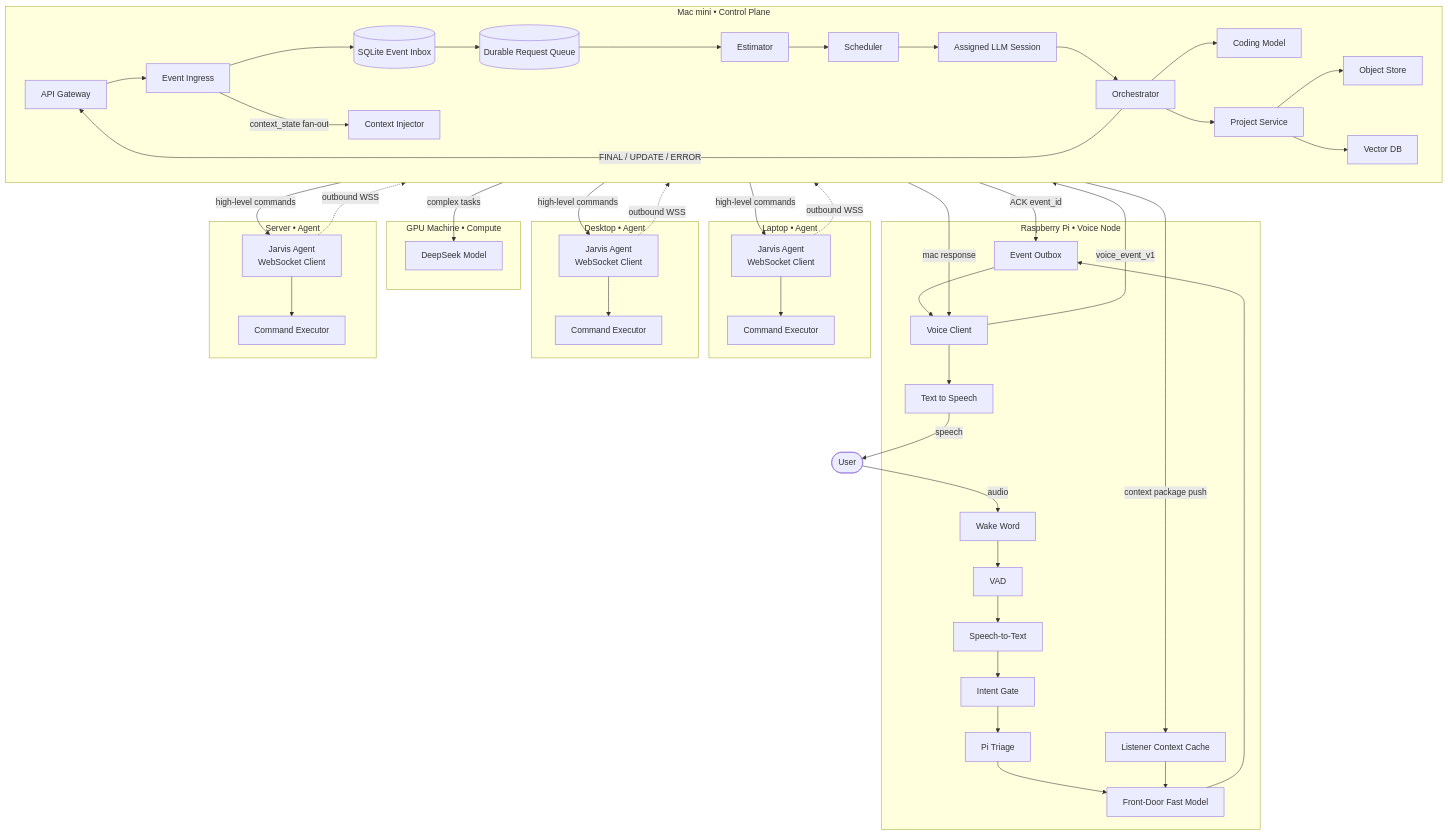
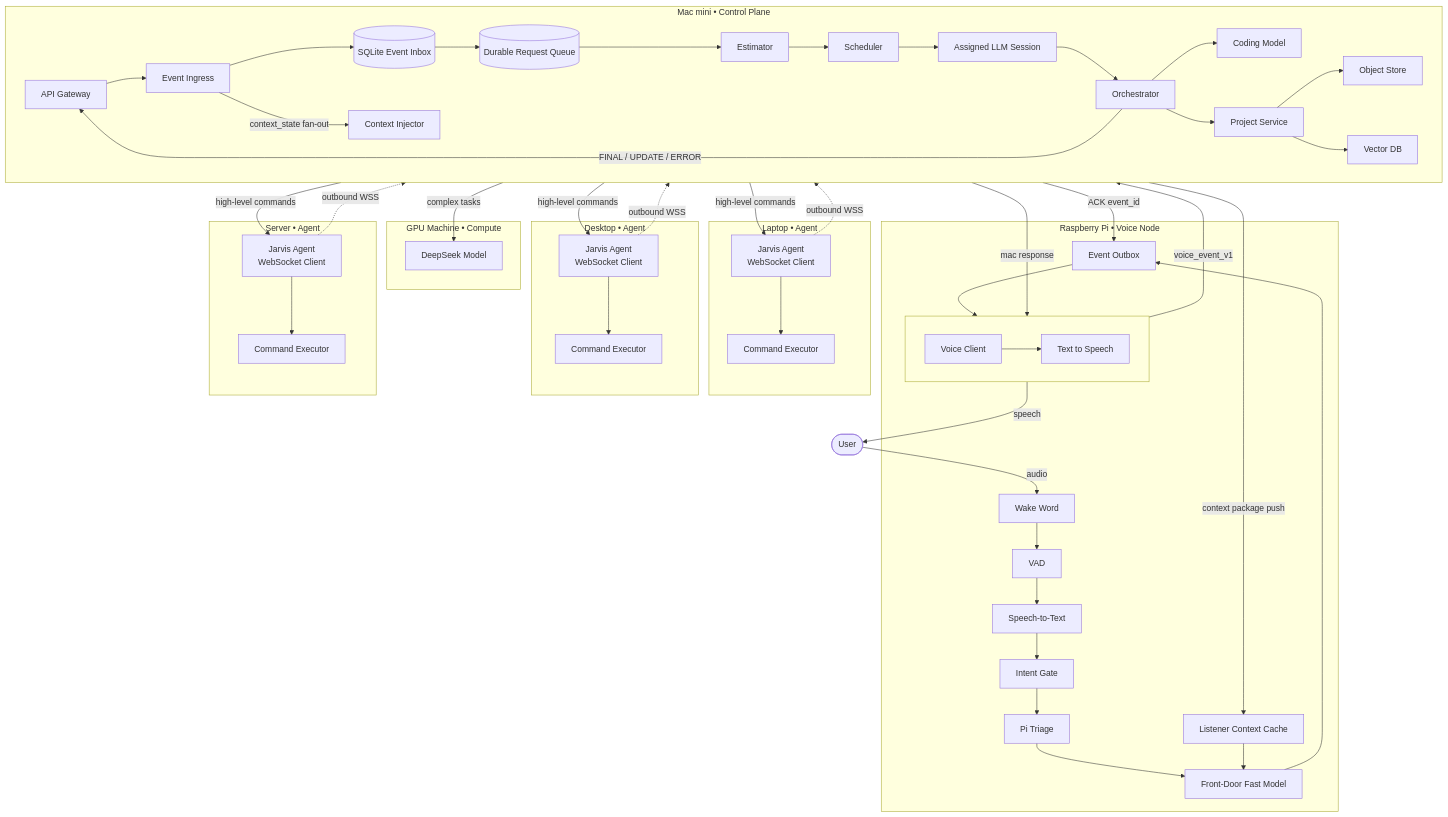
One commit to m-scanlon/tony-stark-was-able-tobuild-this-in-a-cave changed the first of 3 diagrams in docs/arch/v1/scyra.md. Above: the diagram before and after it, drawn with Mermaid.

Commit message:
Move TTS left of Voice Client to eliminate crossing arrows
Wrap TTS and Voice Client in a nested LR subgraph so TTS lands to the
left of Voice Client. The VCLIENT → TTS arrow now exits the left side
of Voice Client with no crossing lines.

```diff
--- a/docs/arch/v1/scyra.md
+++ b/docs/arch/v1/scyra.md
@@ -50,11 +50,15 @@
     LCACHE[Listener Context Cache]
     FDOOR[Front-Door Fast Model]
     OBOX[Event Outbox]
-    VCLIENT[Voice Client]
-    TTS[Text to Speech]
+    subgraph PIOUT[ ]
+      direction LR
+      TTS[Text to Speech]
+      VCLIENT[Voice Client]
+    end
     WW --> VAD --> STT --> GATE --> TRIAGE --> FDOOR
     LCACHE --> FDOOR
-    FDOOR --> OBOX --> VCLIENT --> TTS
+    FDOOR --> OBOX --> VCLIENT
+    VCLIENT --> TTS
   end
 
   %% Control Plane
```
